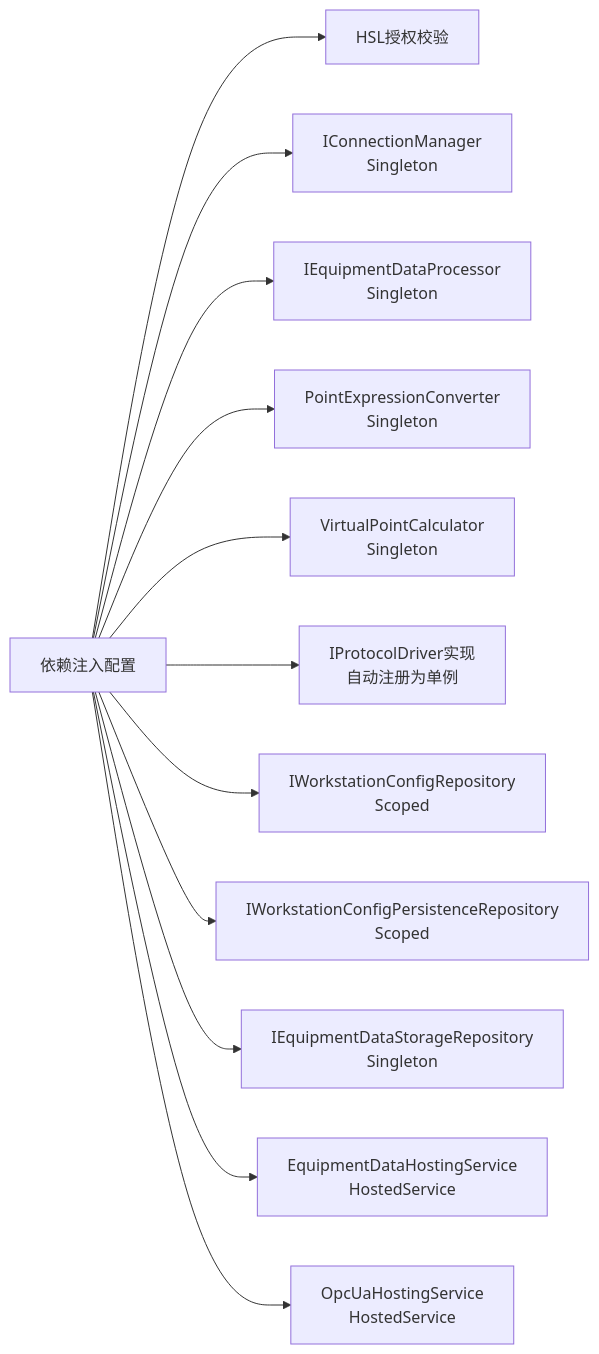
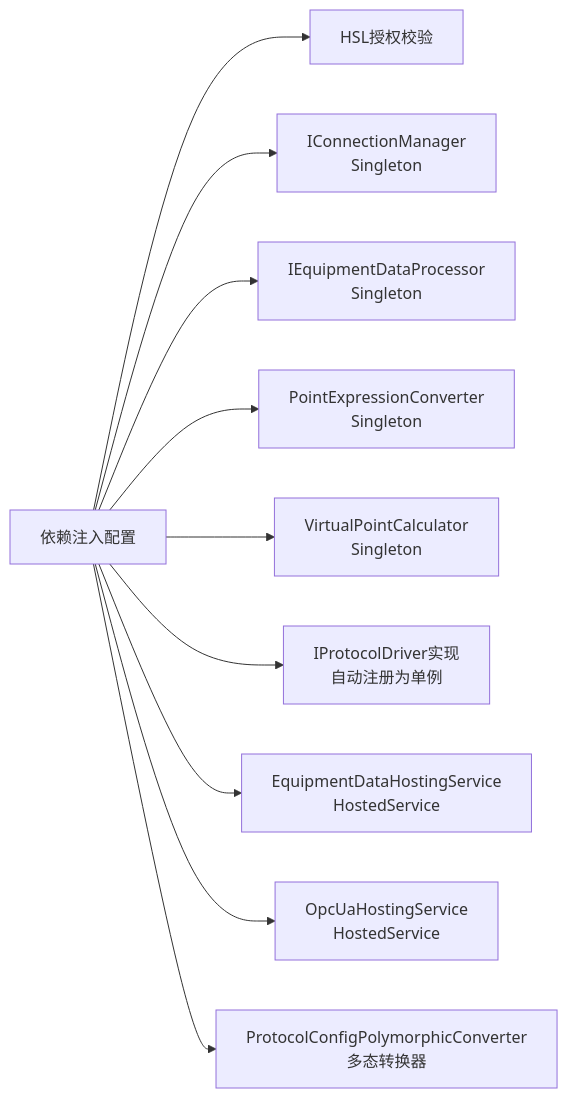
One commit to whitemousetl/IndustrialDataSolution changed the eighth of 9 diagrams in .qoder/repowiki/zh/content/基础设施层.md. Above: the diagram before and after it, drawn with Mermaid. The commit also changed other lines of this file and 13 other files, not shown here.

````diff
--- a/.qoder/repowiki/zh/content/基础设施层.md
+++ b/.qoder/repowiki/zh/content/基础设施层.md
@@ -289,14 +347,12 @@
 ```mermaid
 graph LR
 DI["依赖注入配置"] --> HSL["HSL授权校验"]
 DI --> CM["IConnectionManager<br/>Singleton"]
 DI --> EDP["IEquipmentDataProcessor<br/>Singleton"]
 DI --> PEC["PointExpressionConverter<br/>Singleton"]
 DI --> VPC["VirtualPointCalculator<br/>Singleton"]
 DI --> Drivers["IProtocolDriver实现<br/>自动注册为单例"]
-DI --> WCR["IWorkstationConfigRepository<br/>Scoped"]
-DI --> WCPR["IWorkstationConfigPersistenceRepository<br/>Scoped"]
-DI --> EDS["IEquipmentDataStorageRepository<br/>Singleton"]
 DI --> EDHS["EquipmentDataHostingService<br/>HostedService"]
 DI --> OHS["OpcUaHostingService<br/>HostedService"]
+DI --> PC["ProtocolConfigPolymorphicConverter<br/>多态转换器"]
 ```
````
